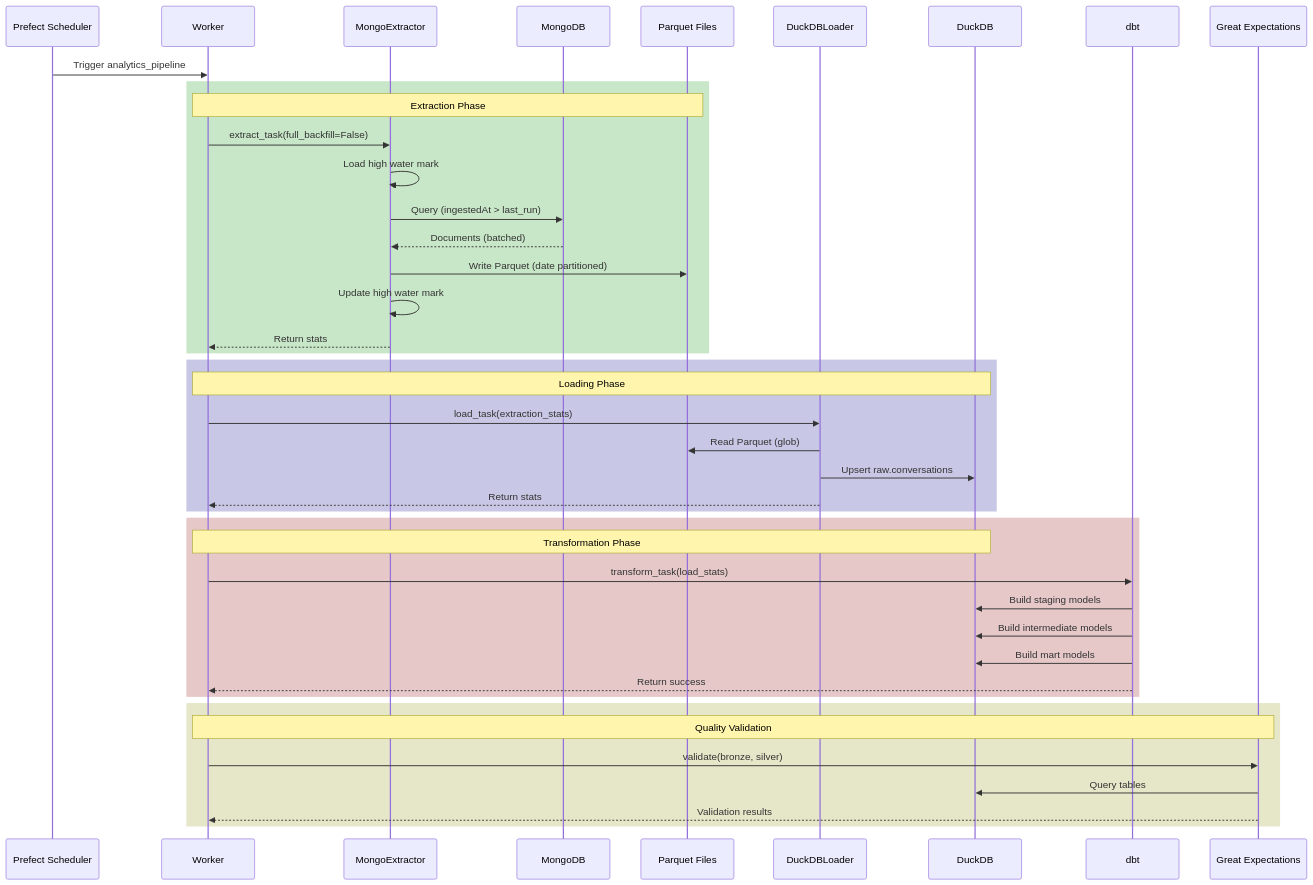
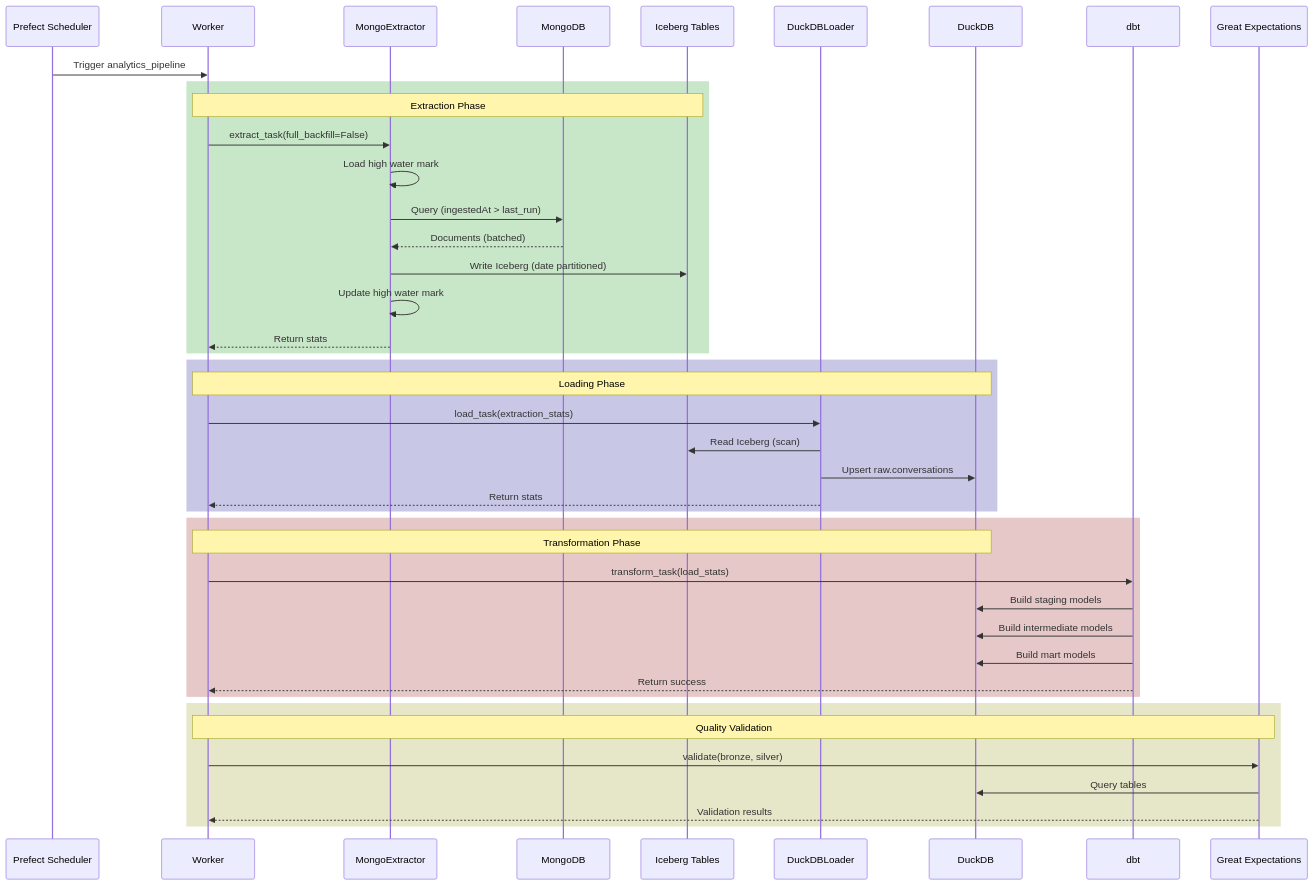
One commit to farshad-akbari-hb/claude-code-conversation-analytics changed the second of 17 diagrams in analytics/ARCHITECTURE.md. Above: the diagram before and after it, drawn with Mermaid. The commit also changed other lines of this file and 26 other files, not shown here.

First line of the commit message:
claude/parquet-to-iceberg-migration-L3Vxm (#1)

````diff
--- a/analytics/ARCHITECTURE.md
+++ b/analytics/ARCHITECTURE.md
@@ -129,49 +129,49 @@
 ```mermaid
 sequenceDiagram
     participant P as Prefect Scheduler
     participant W as Worker
     participant E as MongoExtractor
     participant M as MongoDB
-    participant F as Parquet Files
+    participant F as Iceberg Tables
     participant L as DuckDBLoader
     participant D as DuckDB
     participant T as dbt
     participant G as Great Expectations
 
     P->>W: Trigger analytics_pipeline
 
     rect rgb(200, 230, 200)
         Note over W,F: Extraction Phase
         W->>E: extract_task(full_backfill=False)
         E->>E: Load high water mark
         E->>M: Query (ingestedAt > last_run)
         M-->>E: Documents (batched)
-        E->>F: Write Parquet (date partitioned)
+        E->>F: Write Iceberg (date partitioned)
         E->>E: Update high water mark
         E-->>W: Return stats
     end
 
     rect rgb(200, 200, 230)
         Note over W,D: Loading Phase
         W->>L: load_task(extraction_stats)
-        L->>F: Read Parquet (glob)
+        L->>F: Read Iceberg (scan)
         L->>D: Upsert raw.conversations
         L-->>W: Return stats
     end
 
     rect rgb(230, 200, 200)
         Note over W,D: Transformation Phase
         W->>T: transform_task(load_stats)
         T->>D: Build staging models
         T->>D: Build intermediate models
         T->>D: Build mart models
         T-->>W: Return success
     end
 
     rect rgb(230, 230, 200)
         Note over W,G: Quality Validation
         W->>G: validate(bronze, silver)
         G->>D: Query tables
         G-->>W: Validation results
     end
 ```
````
